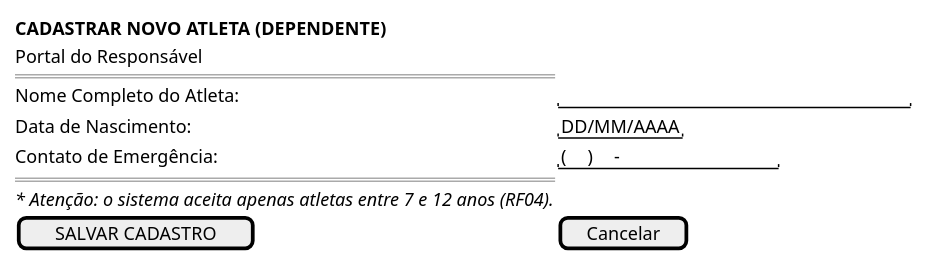
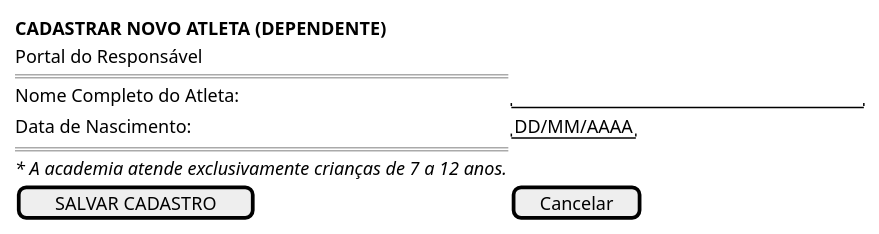
One commit to Projetos-de-Extensao/PBE_26.2_8002_II changed the second of 7 diagrams in docs/Iniciacao/prototipo_baixa_fidelidade.md. Above: the diagram before and after it, drawn with PlantUML. The commit also changed other lines of this file and 8 other files, not shown here.

````diff
--- a/docs/Iniciacao/prototipo_baixa_fidelidade.md
+++ b/docs/Iniciacao/prototipo_baixa_fidelidade.md
@@ -54,15 +52,14 @@
 ```plantuml
 @startsalt
 {
   <b>CADASTRAR NOVO ATLETA (DEPENDENTE)
   Portal do Responsável
   ==
   Nome Completo do Atleta: | "                             "
   Data de Nascimento:      | "DD/MM/AAAA"
-  Contato de Emergência:   | "(  )       -      "
   ==
-  <i>* Atenção: o sistema aceita apenas atletas entre 7 e 12 anos (RF04).
+  <i>* A academia atende exclusivamente crianças de 7 a 12 anos.
   [  SALVAR CADASTRO  ] | [ Cancelar ]
 }
 @endsalt
 ```
````
